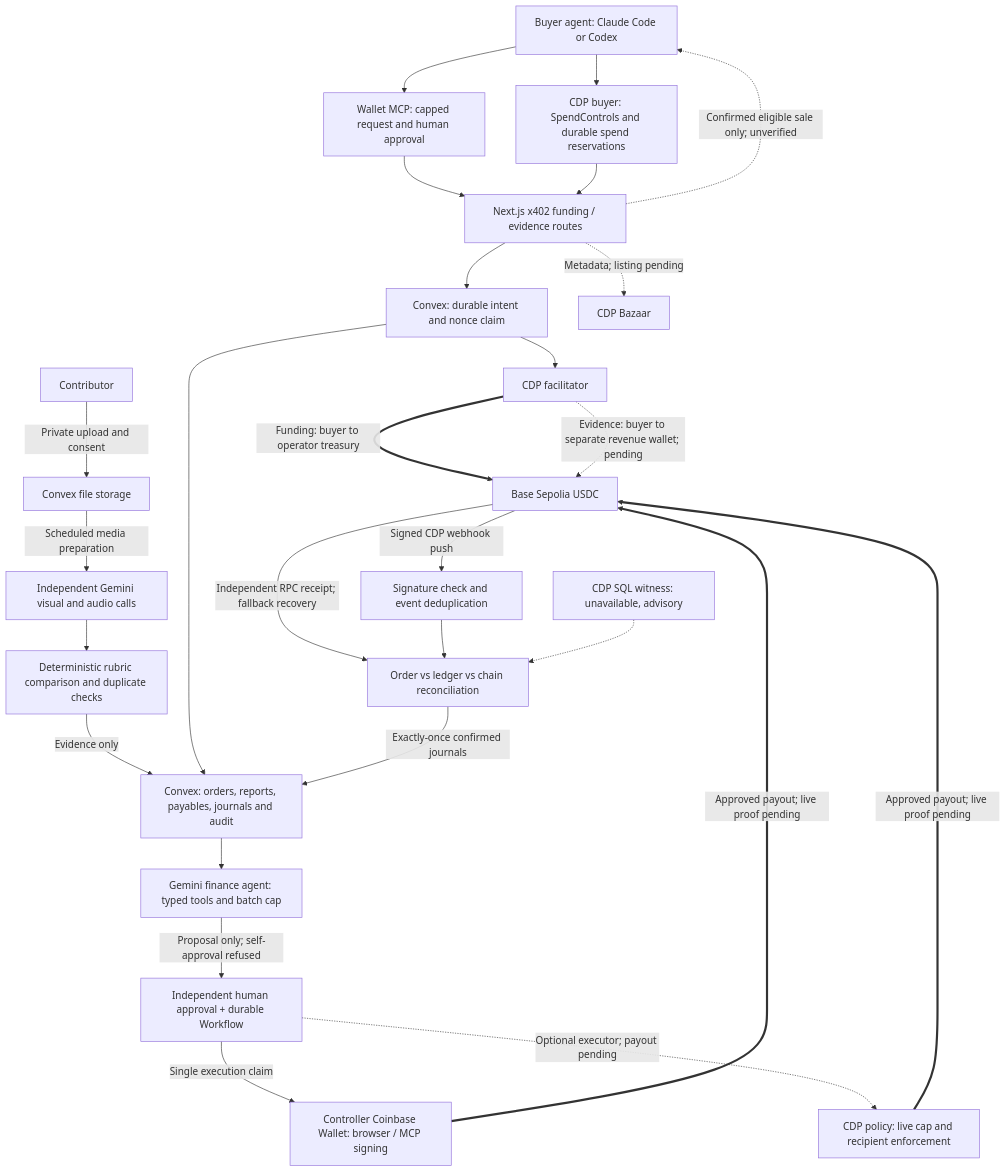
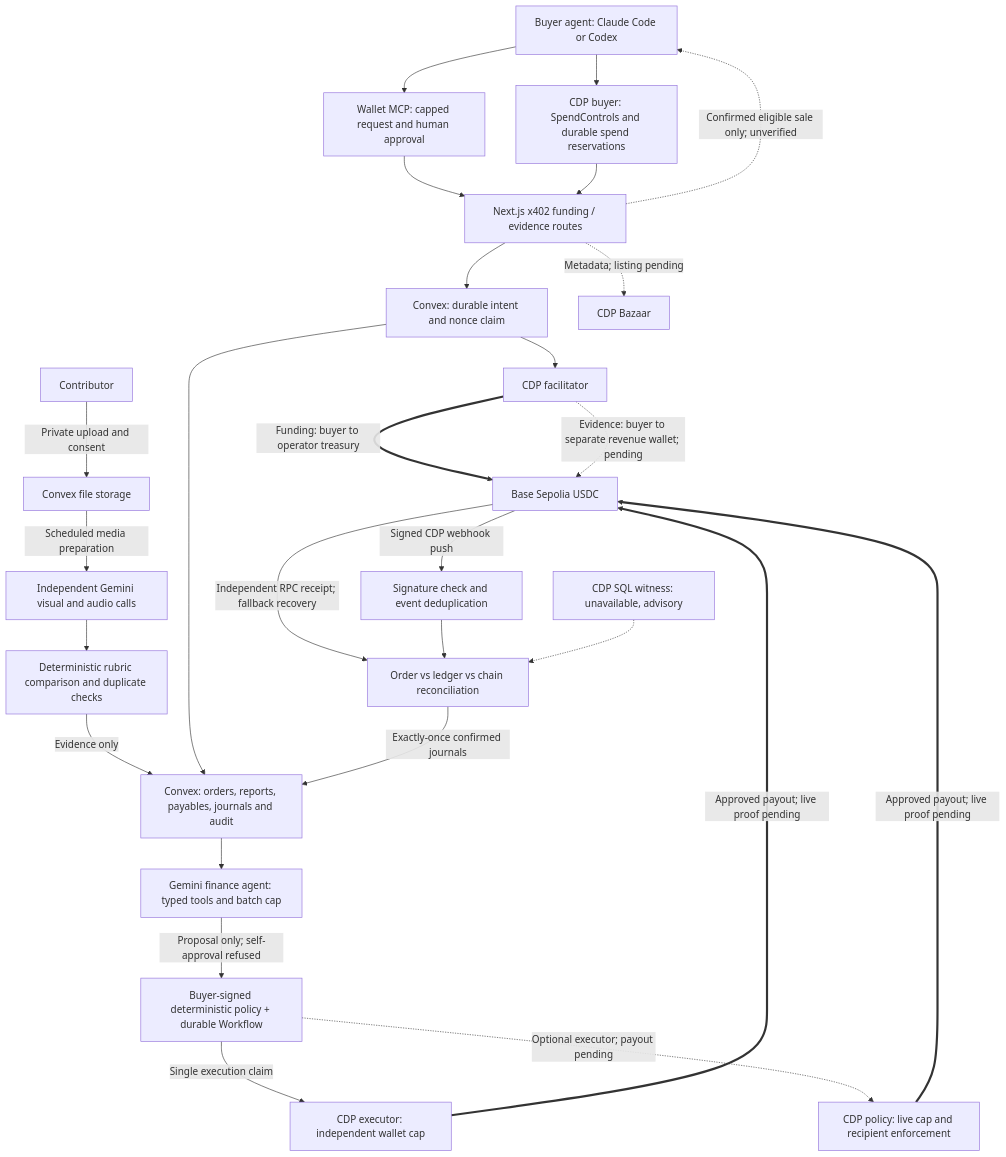
Before and after one commit to stephenhungg/skarl: the diagram in docs/coinbase-submission.md, drawn with Mermaid. The commit also changed other lines of this file and 101 other files, not shown here.

Commit message:
feat(finance): execute buyer-signed auto-pay policies

````diff
--- a/docs/coinbase-submission.md
+++ b/docs/coinbase-submission.md
@@ -65,29 +65,29 @@
 ```mermaid
 flowchart TB
   Buyer[Buyer agent: Claude Code or Codex] --> MCP[Wallet MCP: capped request and human approval]
   Buyer --> SDK[CDP buyer: SpendControls and durable spend reservations]
   MCP --> HTTP[Next.js x402 funding / evidence routes]
   SDK --> HTTP
   HTTP --> Claim[Convex: durable intent and nonce claim]
   Claim --> CDP[CDP facilitator]
   CDP ==>|Funding: buyer to operator treasury| Chain[Base Sepolia USDC]
   CDP -.->|Evidence: buyer to separate revenue wallet; pending| Chain
   HTTP -.->|Metadata; listing pending| Bazaar[CDP Bazaar]
   HTTP -.->|Confirmed eligible sale only; unverified| Buyer
   Contributor[Contributor] -->|Private upload and consent| Storage[Convex file storage]
   Storage -->|Scheduled media preparation| AI[Independent Gemini visual and audio calls]
   AI --> Judge[Deterministic rubric comparison and duplicate checks]
   Judge -->|Evidence only| DB[Convex: orders, reports, payables, journals and audit]
   Claim --> DB
   DB --> Agent[Gemini finance agent: typed tools and batch cap]
-  Agent -->|Proposal only; self-approval refused| Approval[Independent human approval + durable Workflow]
-  Approval -->|Single execution claim| Wallet[Controller Coinbase Wallet: browser / MCP signing]
+  Agent -->|Proposal only; self-approval refused| Approval[Buyer-signed deterministic policy + durable Workflow]
+  Approval -->|Single execution claim| Wallet[CDP executor: independent wallet cap]
   Approval -.->|Optional executor; payout pending| Policy[CDP policy: live cap and recipient enforcement]
   Wallet ==>|Approved payout; live proof pending| Chain
   Policy ==>|Approved payout; live proof pending| Chain
   Chain -->|Signed CDP webhook push| Hook[Signature check and event deduplication]
   Chain -->|Independent RPC receipt; fallback recovery| Reconcile[Order vs ledger vs chain reconciliation]
   Hook --> Reconcile
   Reconcile -->|Exactly-once confirmed journals| DB
   SQL[CDP SQL witness: unavailable, advisory] -.-> Reconcile
 ```
````
